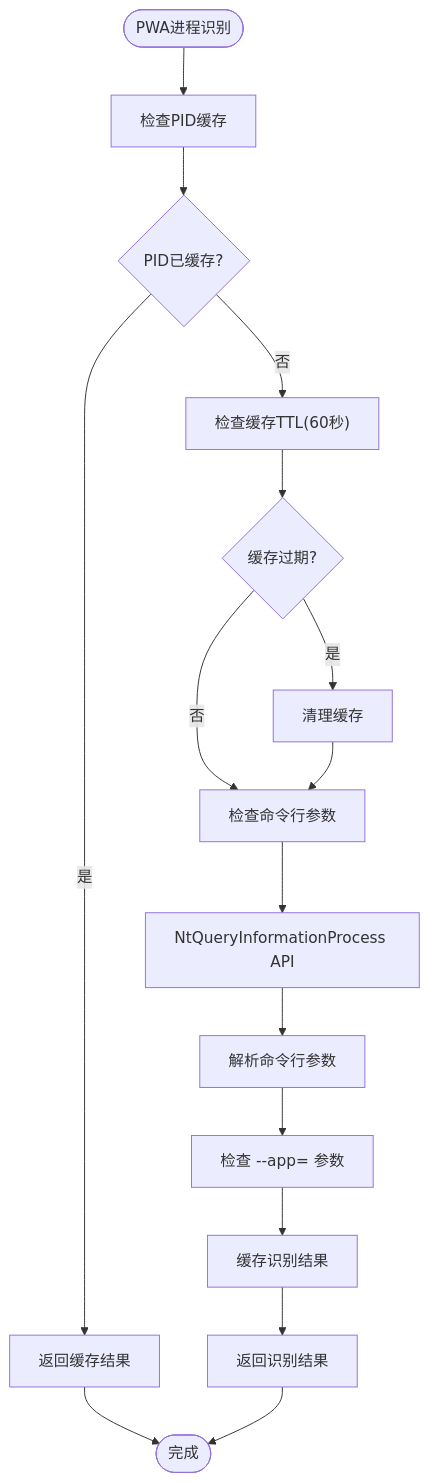
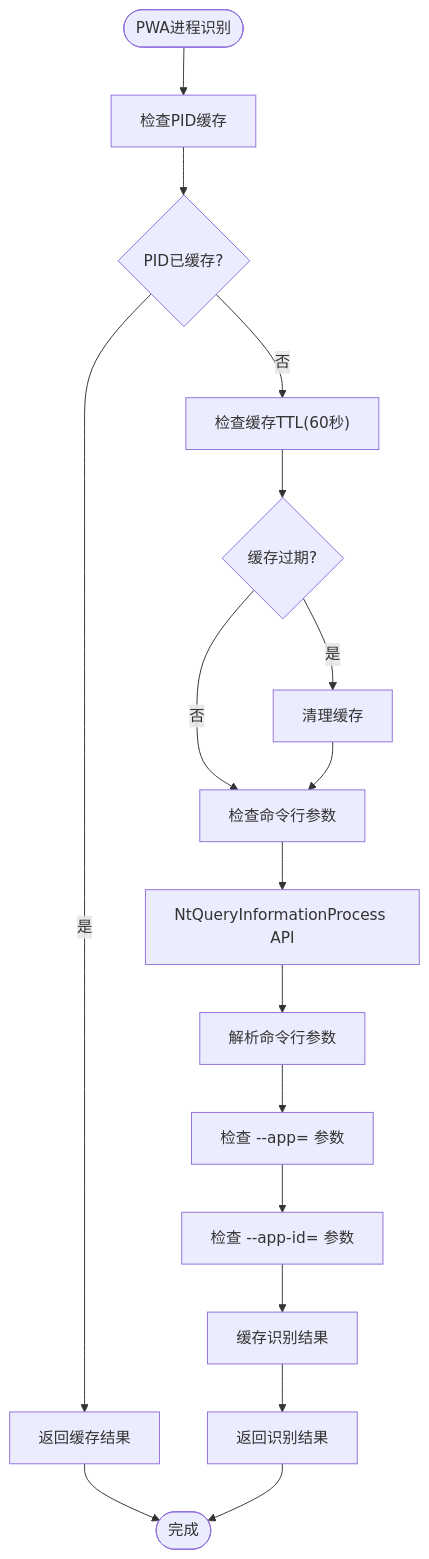
Before and after one commit to wangys-123doit/hotkey: diagram 18 of 19 in .qoder/repowiki/zh/content/核心功能/浏览器应用管理.md, drawn with Mermaid. The commit also changed other lines of this file and 4 other files, not shown here.

````diff
--- a/.qoder/repowiki/zh/content/核心功能/浏览器应用管理.md
+++ b/.qoder/repowiki/zh/content/核心功能/浏览器应用管理.md
@@ -772,18 +811,19 @@
 ```mermaid
 flowchart TD
 Start([PWA进程识别]) --> CheckCache["检查PID缓存"]
 CheckCache --> Cached{"PID已缓存?"}
 Cached --> |是| ReturnCached["返回缓存结果"]
 Cached --> |否| CheckTTL["检查缓存TTL(60秒)"]
 CheckTTL --> Expired{"缓存过期?"}
 Expired --> |是| ClearCache["清理缓存"]
 Expired --> |否| CheckCmdLine["检查命令行参数"]
 ClearCache --> CheckCmdLine
 CheckCmdLine --> QueryProcess["NtQueryInformationProcess API"]
 QueryProcess --> ParseCmdLine["解析命令行参数"]
 ParseCmdLine --> CheckAppParam["检查 --app= 参数"]
-CheckAppParam --> CacheResult["缓存识别结果"]
+CheckAppParam --> CheckAppIdParam["检查 --app-id= 参数"]
+CheckAppIdParam --> CacheResult["缓存识别结果"]
 CacheResult --> ReturnResult["返回识别结果"]
 ReturnCached --> End([完成])
 ReturnResult --> End
 ```
````
